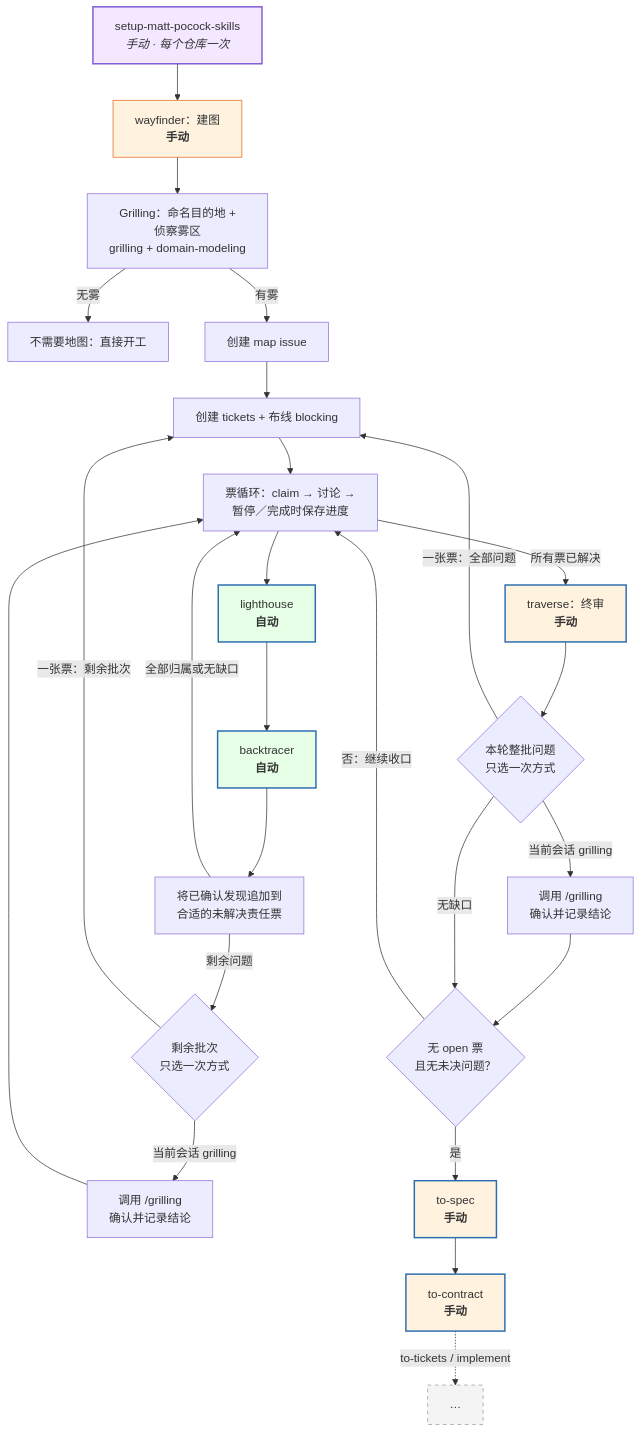
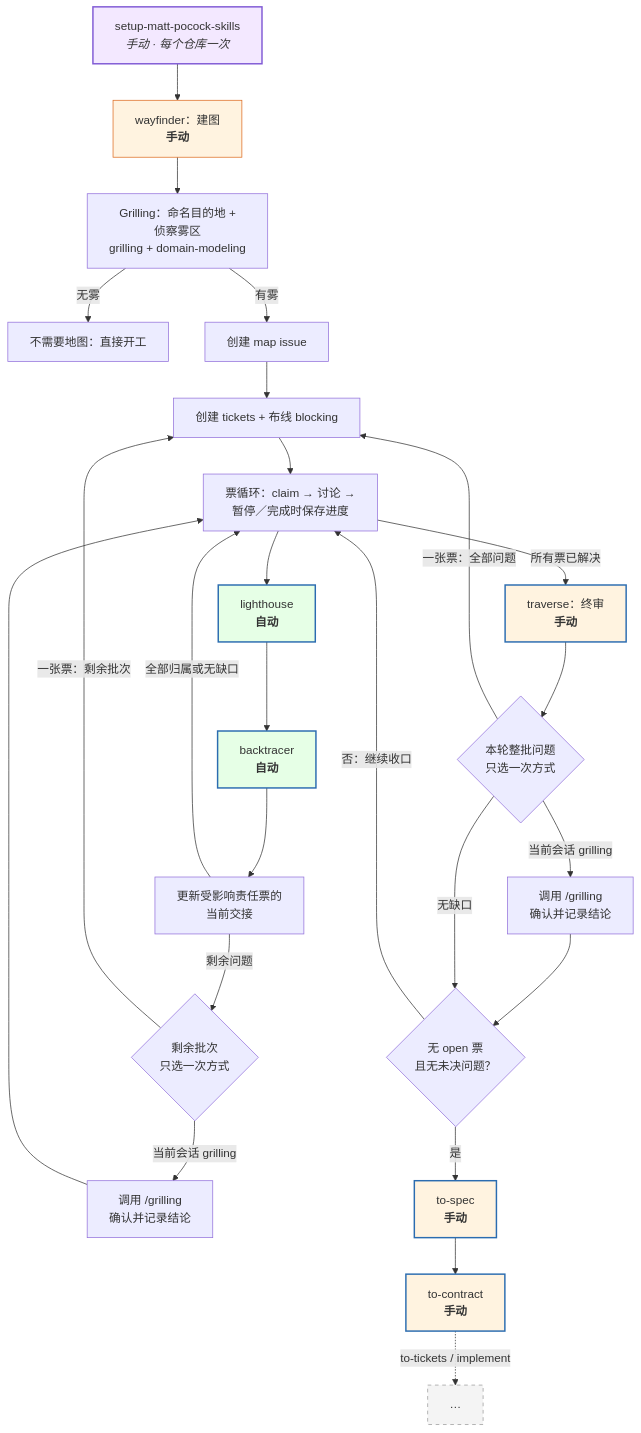
The first of 2 diagrams in README.cn.md (hugosol/oh-my-wayfinder), drawn with Mermaid before and after one commit. The commit also changed other lines of this file and 7 other files, not shown here.

````diff
--- a/README.cn.md
+++ b/README.cn.md
@@ -65,36 +65,36 @@
 ```mermaid
 flowchart TD
     S["setup-matt-pocock-skills<br/><i>手动 · 每个仓库一次</i>"] --> W["wayfinder：建图<br/><b>手动</b>"]
     W --> G["Grilling：命名目的地 +<br/>侦察雾区<br/>grilling + domain-modeling"]
     G -->|"无雾"| N["不需要地图：直接开工"]
     G -->|"有雾"| M["创建 map issue"]
     M --> T["创建 tickets + 布线 blocking"]
     T --> L["票循环：claim → 讨论 →<br/>暂停／完成时保存进度"]
     L --> LH["lighthouse<br/><b>自动</b>"]
     LH --> BT["backtracer<br/><b>自动</b>"]
-    BT --> OWN["将已确认发现追加到<br/>合适的未解决责任票"]
+    BT --> OWN["更新受影响责任票的<br/>当前交接"]
     OWN -->|"剩余问题"| CG{"剩余批次<br/>只选一次方式"}
     OWN -->|"全部归属或无缺口"| L
     CG -->|"一张票：剩余批次"| T
     CG -->|"当前会话 grilling"| BG["调用 /grilling<br/>确认并记录结论"]
     BG --> L
     L -->|"所有票已解决"| TR["traverse：终审<br/><b>手动</b>"]
     TR --> CG2{"本轮整批问题<br/>只选一次方式"}
     CG2 -->|"一张票：全部问题"| T
     CG2 -->|"当前会话 grilling"| TG["调用 /grilling<br/>确认并记录结论"]
     TG --> R{"无 open 票<br/>且无未决问题？"}
     R -->|"是"| TS["to-spec<br/><b>手动</b>"]
     R -->|"否：继续收口"| L
     CG2 -->|"无缺口"| R
     TS --> TC["to-contract<br/><b>手动</b>"]
     TC -.->|"to-tickets / implement"| X["…"]
 
     style LH fill:#e6ffe6,stroke:#2b6cb0,stroke-width:2px
     style BT fill:#e6ffe6,stroke:#2b6cb0,stroke-width:2px
     style TR fill:#fff3e0,stroke:#2b6cb0,stroke-width:2px
     style W fill:#fff3e0,stroke:#dd6b20
     style S fill:#f3e8ff,stroke:#805ad5,stroke-width:2px
     style TS fill:#fff3e0,stroke:#2b6cb0,stroke-width:2px
     style TC fill:#fff3e0,stroke:#2b6cb0,stroke-width:2px
     style X fill:#f4f4f4,stroke:#999,stroke-dasharray:5 5
 ```
````
